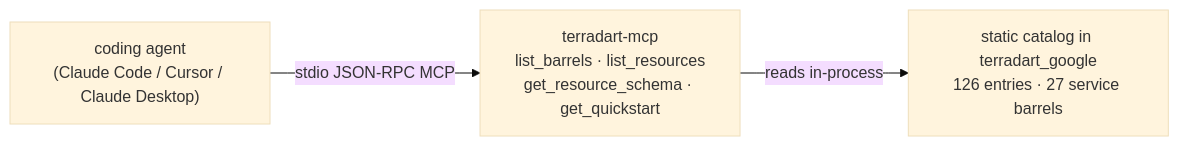
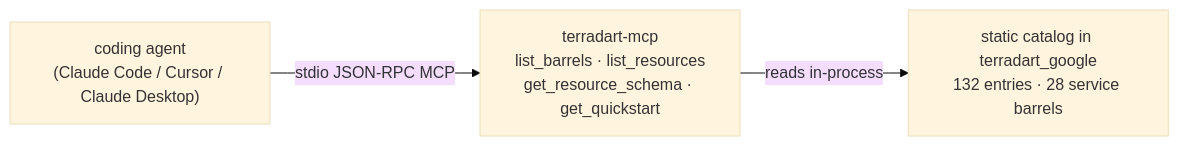
Before and after one commit to nozomi-koborinai/terradart: the diagram in website/src/content/docs/docs/agent/index.md, drawn with Mermaid (base theme). The commit also changed other lines of this file and 69 other files, not shown here.

````diff
--- a/website/src/content/docs/docs/agent/index.md
+++ b/website/src/content/docs/docs/agent/index.md
@@ -12,8 +12,8 @@
 ```mermaid
 graph LR
   agent["coding agent<br/>(Claude Code / Cursor / Claude Desktop)"]
   mcp["terradart-mcp<br/>list_barrels · list_resources<br/>get_resource_schema · get_quickstart"]
-  catalog["static catalog in terradart_google<br/>126 entries · 27 service barrels"]
+  catalog["static catalog in terradart_google<br/>132 entries · 28 service barrels"]
   agent -->|stdio JSON-RPC MCP| mcp
   mcp -->|reads in-process| catalog
 ```
````
